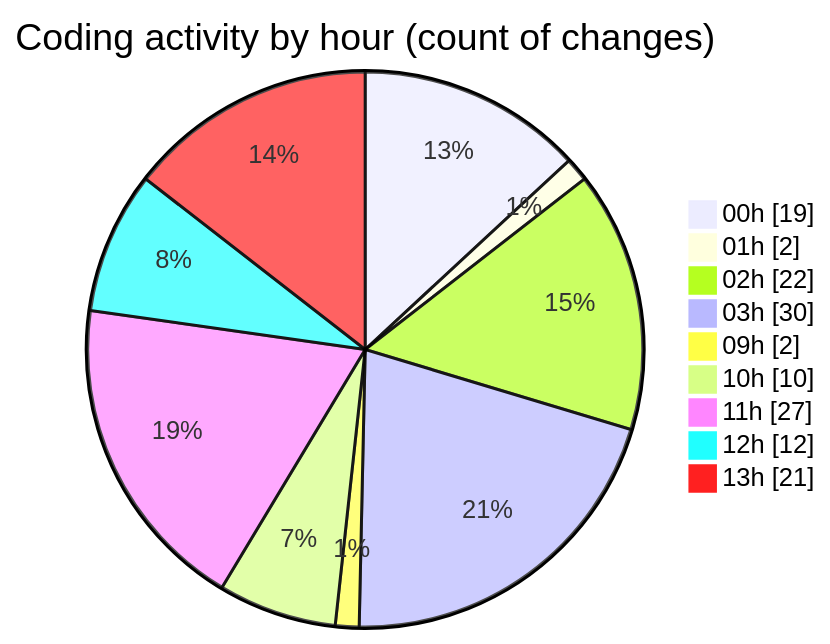
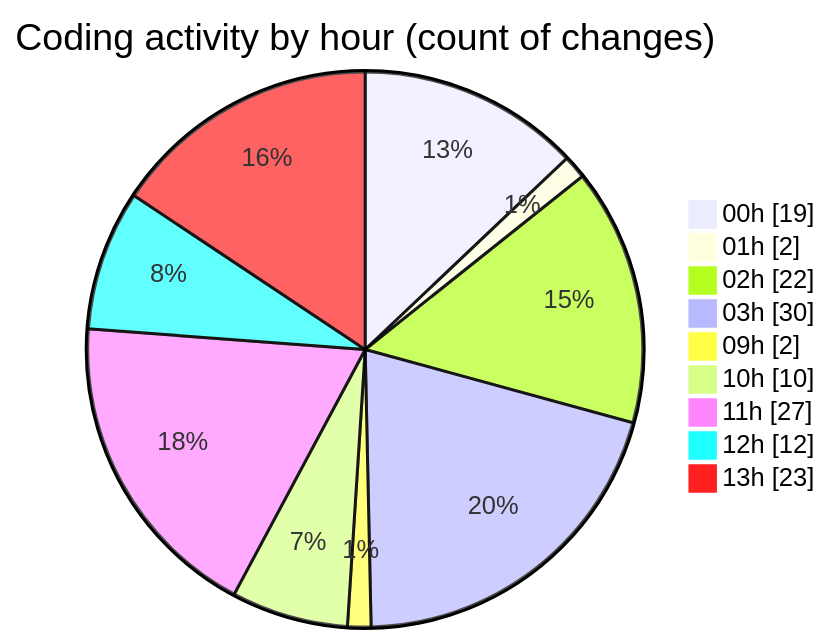
One commit to julien-gomy/code-tracking changed the second of 2 diagrams in 2025-10-21/eventscop-frontend-guide__workspace_/README.md. Above: the diagram before and after it, drawn with Mermaid. The commit also changed other lines of this file and 1 other file, not shown here.

````diff
--- a/2025-10-21/eventscop-frontend-guide__workspace_/README.md
+++ b/2025-10-21/eventscop-frontend-guide__workspace_/README.md
@@ -55,13 +55,13 @@
 ```mermaid
 pie showData
 title Coding activity by hour (count of changes)
 "00h" : 19
 "01h" : 2
 "02h" : 22
 "03h" : 30
 "09h" : 2
 "10h" : 10
 "11h" : 27
 "12h" : 12
-"13h" : 21
+"13h" : 23
 ```
````
